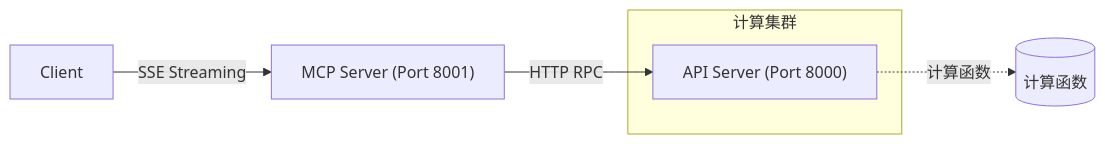
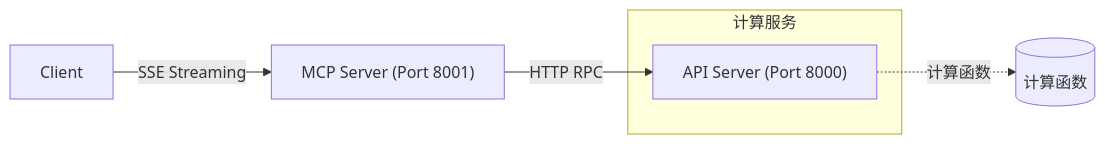
The diagram in README.md (uoky5217/Mcp-Server-Study), drawn with Mermaid before and after one commit.

````diff
--- a/README.md
+++ b/README.md
@@ -11,10 +11,10 @@
 ```mermaid
 graph LR
     Client-->|SSE Streaming| MCP_Server["MCP Server (Port 8001)"]
     MCP_Server-->|HTTP RPC| API_Server["API Server (Port 8000)"]
     API_Server-.->|计算函数| FUNC[(计算函数)]
     
-    subgraph 计算集群
+    subgraph 计算服务
         API_Server
     end
 ```
````
